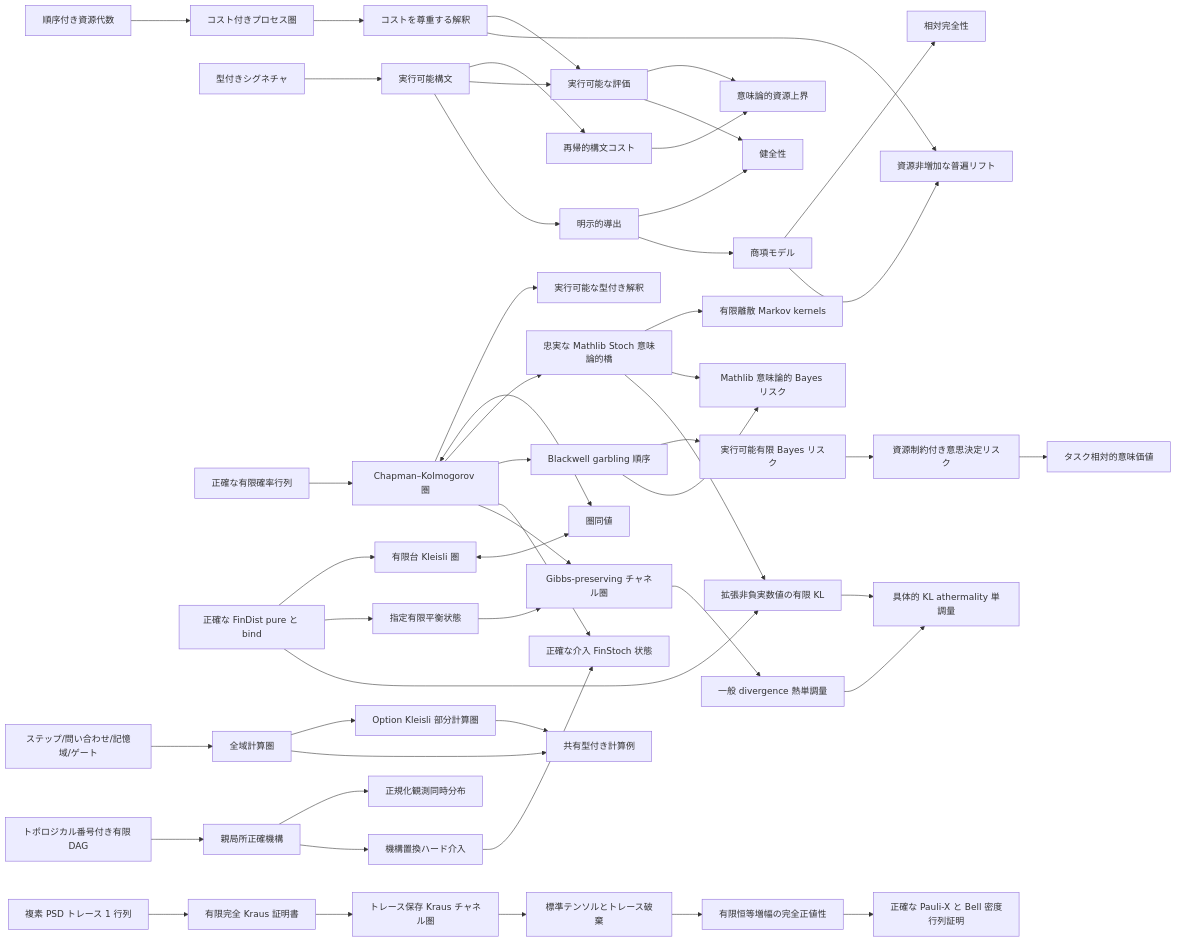
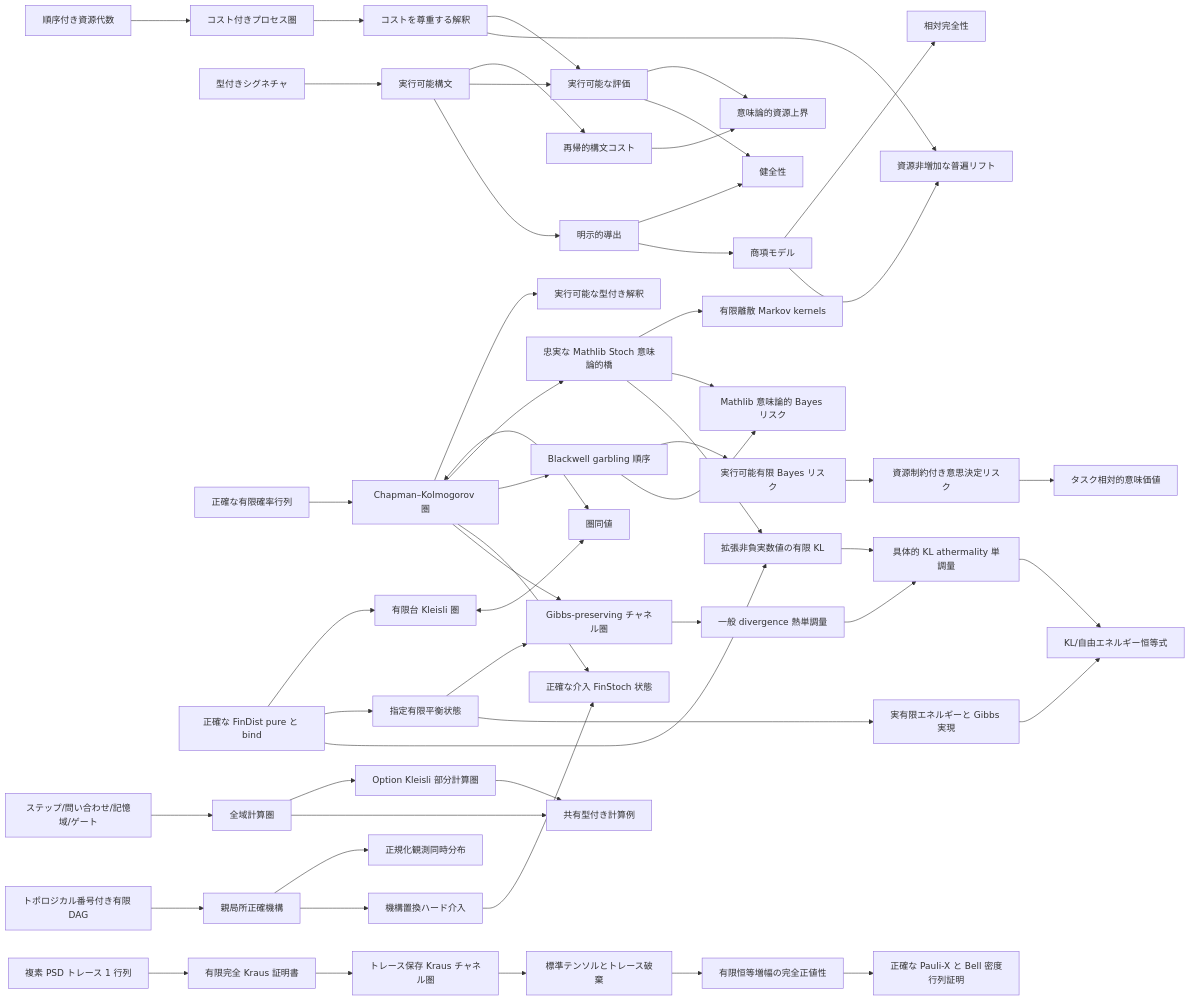
One commit to miuchan/ript changed the diagram in docs/README.ja.md. Above: the diagram before and after it, drawn with Mermaid. The commit also changed other lines of this file and 11 other files, not shown here.

````diff
--- a/docs/README.ja.md
+++ b/docs/README.ja.md
@@ -834,53 +859,56 @@
 ```mermaid
 flowchart LR
   R["順序付き資源代数"] --> C["コスト付きプロセス圏"]
   S["型付きシグネチャ"] --> X["実行可能構文"]
   X --> K["再帰的構文コスト"]
   C --> I["コストを尊重する解釈"]
   X --> E["実行可能な評価"]
   I --> E
   K --> B["意味論的資源上界"]
   E --> B
   X --> D["明示的導出"]
   D --> SO["健全性"]
   E --> SO
   D --> T["商項モデル"]
   T --> CO["相対完全性"]
   I --> U["資源非増加な普遍リフト"]
   T --> U
   F["正確な有限確率行列"] --> CK["Chapman–Kolmogorov 圏"]
   CK --> EX["実行可能な型付き解釈"]
   FD["正確な FinDist pure と bind"] --> KL["有限台 Kleisli 圏"]
   CK <--> EQ["圏同値"]
   KL <--> EQ
   CK --> ST["忠実な Mathlib Stoch 意味論的橋"]
   ST --> MT["有限離散 Markov kernels"]
   CK --> BW["Blackwell garbling 順序"]
   ST --> SB["Mathlib 意味論的 Bayes リスク"]
   BW --> FR["実行可能有限 Bayes リスク"]
   FR --> RR["資源制約付き意思決定リスク"]
   RR --> SV["タスク相対的意味価値"]
   BW --> SB
   CR["ステップ/問い合わせ/記憶域/ゲート"] --> TC["全域計算圏"]
   TC --> PC["Option Kleisli 部分計算圏"]
   TC --> CE["共有型付き計算例"]
   PC --> CE
   DAG["トポロジカル番号付き有限 DAG"] --> CM["親局所正確機構"]
   CM --> OJ["正規化観測同時分布"]
   CM --> DO["機構置換ハード介入"]
   DO --> IS["正確な介入 FinStoch 状態"]
   CK --> IS
   FD --> TE["指定有限平衡状態"]
   CK --> GP["Gibbs-preserving チャネル圏"]
   TE --> GP
   GP --> TM["一般 divergence 熱単調量"]
   FD --> FKL["拡張非負実数値の有限 KL"]
   ST --> FKL
   FKL --> KTM["具体的 KL athermality 単調量"]
   TM --> KTM
+  TE --> GD["実有限エネルギーと Gibbs 実現"]
+  GD --> FE["KL/自由エネルギー恒等式"]
+  KTM --> FE
   QB["複素 PSD トレース 1 行列"] --> QK["有限完全 Kraus 証明書"]
   QK --> QC["トレース保存 Kraus チャネル圏"]
   QC --> QT["標準テンソルとトレース破棄"]
   QT --> QP["有限恒等増幅の完全正値性"]
   QP --> QX["正確な Pauli-X と Bell 密度行列証明"]
 ```
````
